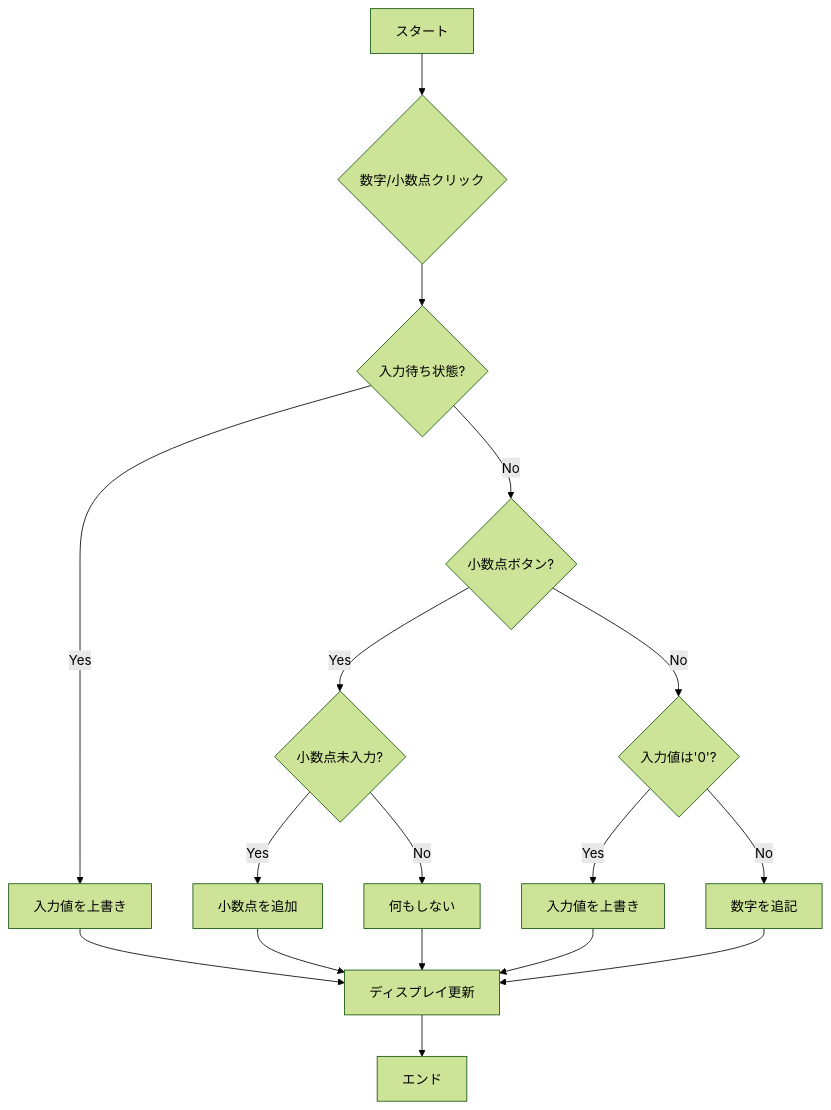
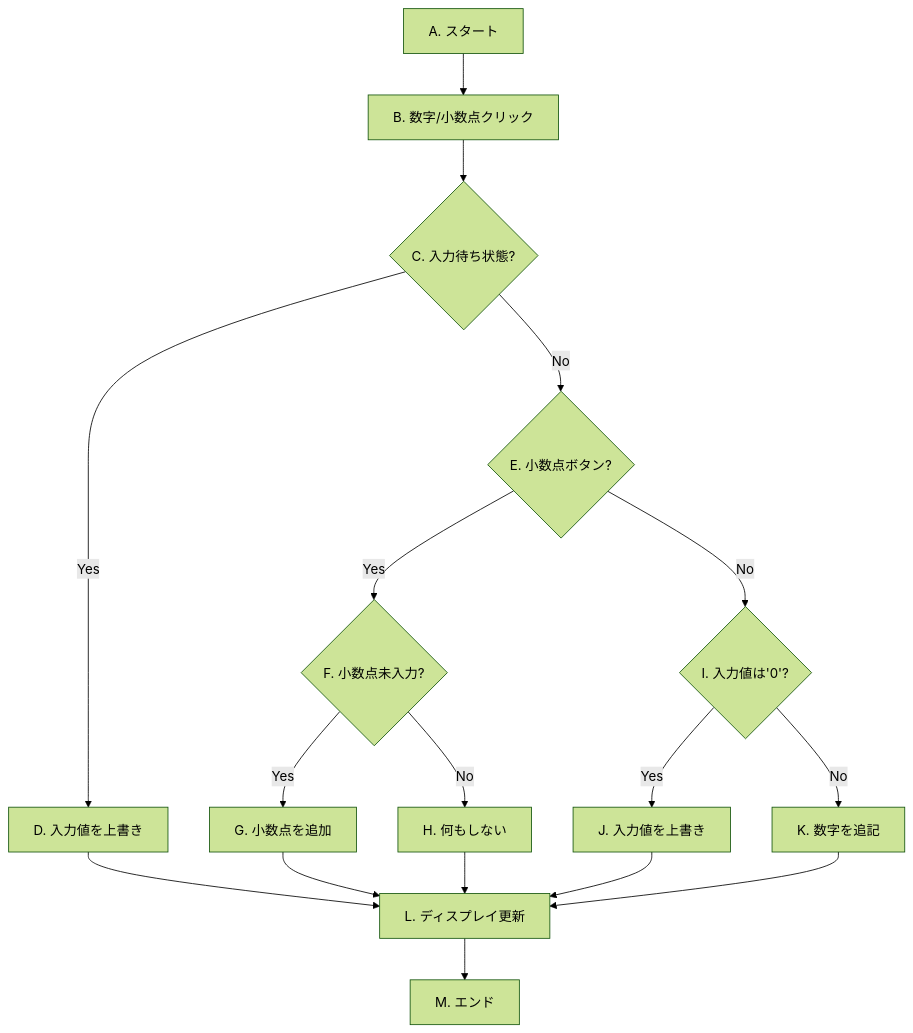
The first of 4 diagrams in README.md (jun1waka/OIC2025-Front03), drawn with Mermaid (forest theme) before and after one commit. The commit also changed other lines of this file, not shown here.

````diff
--- a/README.md
+++ b/README.md
@@ -235,15 +235,15 @@
 ```mermaid
 graph TD
-    A["スタート"] --> B{"数字/小数点クリック"};
-    B --> C{"入力待ち状態?"};
-    C -- Yes --> D["入力値を上書き"];
-    C -- No --> E{"小数点ボタン?"};
-    E -- Yes --> F{"小数点未入力?"};
-    F -- Yes --> G["小数点を追加"];
-    F -- No --> H["何もしない"];
-    E -- No --> I{"入力値は'0'?"};
-    I -- Yes --> J["入力値を上書き"];
-    I -- No --> K["数字を追記"];
-    D & G & H & J & K --> L["ディスプレイ更新"];
-    L --> M["エンド"];
+    A["A. スタート"] --> B["B. 数字/小数点クリック"];
+    B --> C{"C. 入力待ち状態?"};
+    C -- Yes --> D["D. 入力値を上書き"];
+    C -- No --> E{"E. 小数点ボタン?"};
+    E -- Yes --> F{"F. 小数点未入力?"};
+    F -- Yes --> G["G. 小数点を追加"];
+    F -- No --> H["H. 何もしない"];
+    E -- No --> I{"I. 入力値は'0'?"};
+    I -- Yes --> J["J. 入力値を上書き"];
+    I -- No --> K["K. 数字を追記"];
+    D & G & H & J & K --> L["L. ディスプレイ更新"];
+    L --> M["M. エンド"];
 ```
````
